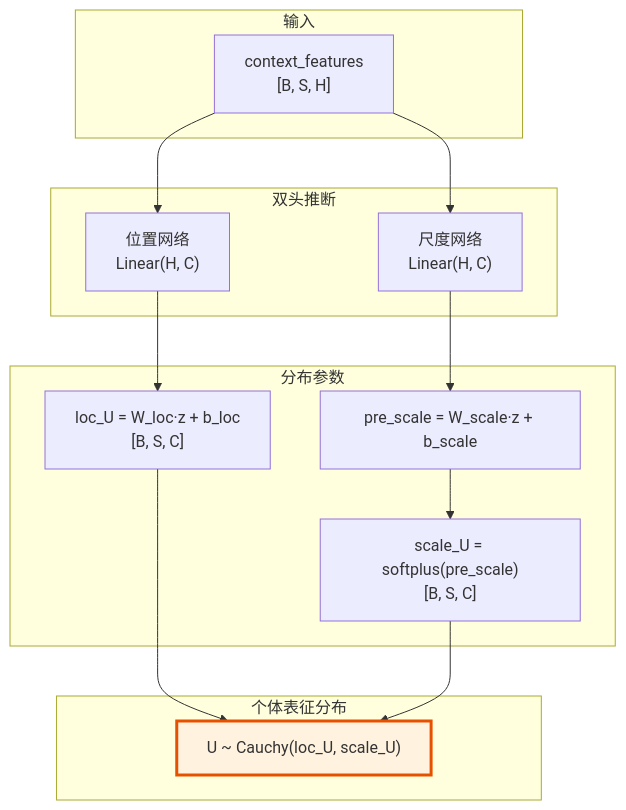
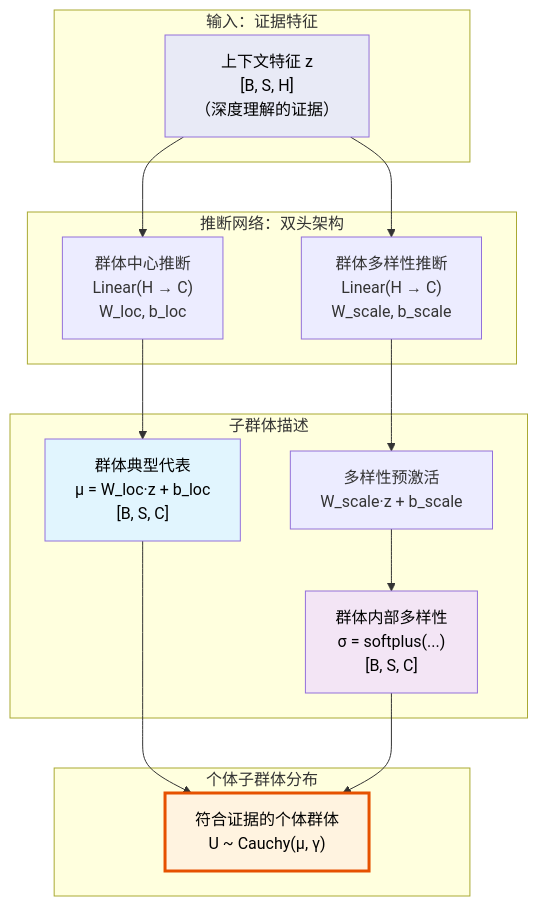
Before and after one commit to 1587causalai/CausalQwen: the fifth of 16 diagrams in design-docs/causal_qwen_text_only.md, drawn with Mermaid. The commit also changed other lines of this file, not shown here.

````diff
--- a/design-docs/causal_qwen_text_only.md
+++ b/design-docs/causal_qwen_text_only.md
@@ -132,24 +186,27 @@
 ```mermaid
 graph TD
-    subgraph "输入"
-        Z["context_features<br>[B, S, H]"]
+    subgraph "输入：证据特征"
+        Z["上下文特征 z<br>[B, S, H]<br>（深度理解的证据）"]
     end
     
-    subgraph "双头推断"
-        Z --> L1["位置网络<br>Linear(H, C)"]
-        Z --> L2["尺度网络<br>Linear(H, C)"]
+    subgraph "推断网络：双头架构"
+        Z --> L1["群体中心推断<br>Linear(H → C)<br>W_loc, b_loc"]
+        Z --> L2["群体多样性推断<br>Linear(H → C)<br>W_scale, b_scale"]
     end
     
-    subgraph "分布参数"
-        L1 --> LOC["loc_U = W_loc·z + b_loc<br>[B, S, C]"]
-        L2 --> PRE["pre_scale = W_scale·z + b_scale"]
-        PRE --> SCALE["scale_U = softplus(pre_scale)<br>[B, S, C]"]
+    subgraph "子群体描述"
+        L1 --> LOC["群体典型代表<br>μ = W_loc·z + b_loc<br>[B, S, C]"]
+        L2 --> PRE["多样性预激活<br>W_scale·z + b_scale"]
+        PRE --> SCALE["群体内部多样性<br>σ = softplus(...)<br>[B, S, C]"]
     end
     
-    subgraph "个体表征分布"
-        LOC --> U["U ~ Cauchy(loc_U, scale_U)"]
-        SCALE --> U
+    subgraph "个体子群体分布"
+        LOC --> DIST["符合证据的个体群体<br>U ~ Cauchy(μ, γ)"]
+        SCALE --> DIST
     end
     
-    style U fill:#fff3e0,stroke:#e65100,stroke-width:3px
+    style Z fill:#e8eaf6,color:#000
+    style DIST fill:#fff3e0,stroke:#e65100,stroke-width:3px,color:#000
+    style LOC fill:#e1f5fe,color:#000
+    style SCALE fill:#f3e5f5,color:#000
 ```
````
